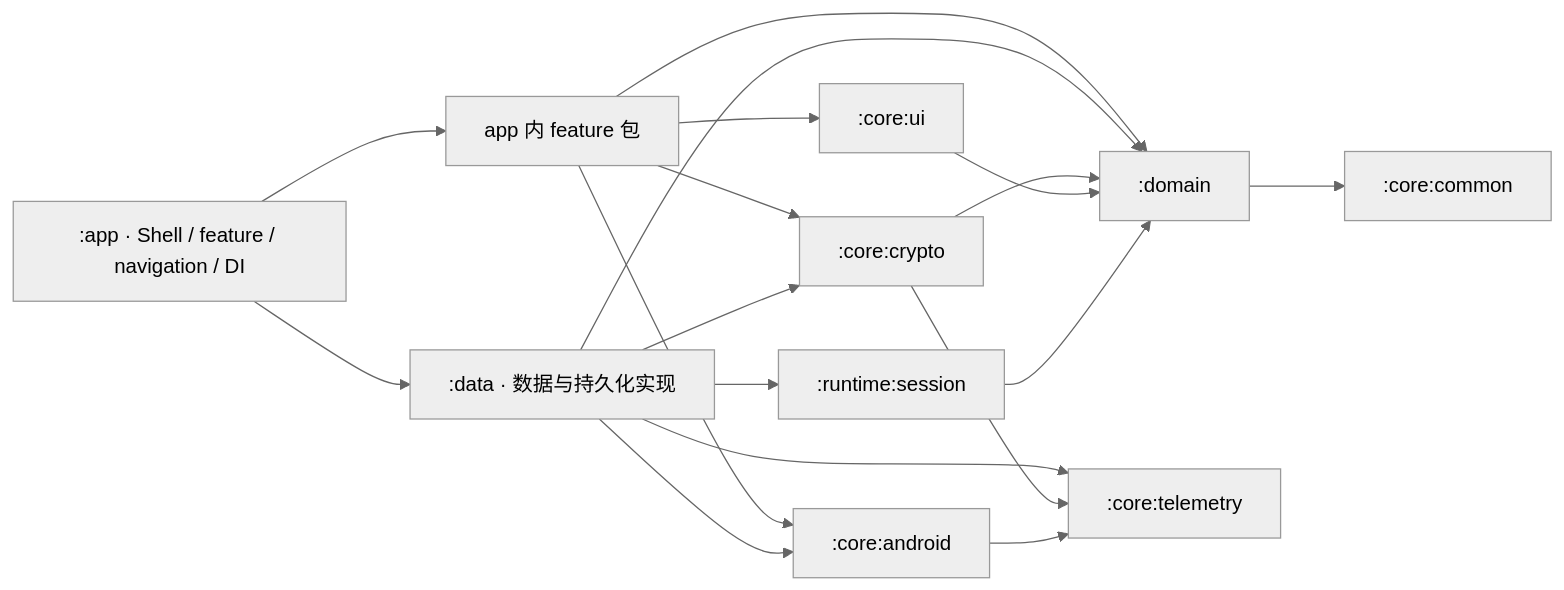
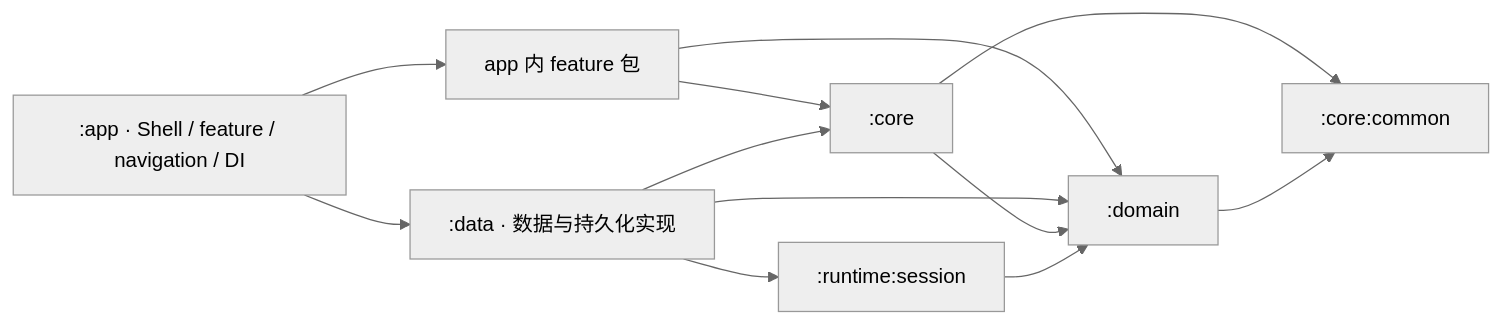
Before and after one commit to aozijx/Passly: the first of 2 diagrams in docs/architecture/overview.md, drawn with Mermaid (neutral theme). The commit also changed other lines of this file and 72 other files, not shown here.

Commit message:
refactor(core): merge Android shared modules

````diff
--- a/docs/architecture/overview.md
+++ b/docs/architecture/overview.md
@@ -23,20 +21,14 @@
 ```mermaid
 flowchart LR
     APP[":app · Shell / feature / navigation / DI"] --> FEATURE["app 内 feature 包"]
     APP --> DATA[":data · 数据与持久化实现"]
-    FEATURE --> UI[":core:ui"]
-    FEATURE --> ANDROID[":core:android"]
-    FEATURE --> SECURITY[":core:crypto"]
+    FEATURE --> CORE[":core"]
     FEATURE --> D[":domain"]
     DATA --> SESSION[":runtime:session"]
-    DATA --> ANDROID
-    DATA --> SECURITY
-    DATA --> TELEMETRY[":core:telemetry"]
+    DATA --> CORE
     DATA --> D
-    SECURITY --> TELEMETRY
-    SECURITY --> D
-    UI --> D
-    ANDROID --> TELEMETRY
+    CORE --> D
+    CORE --> COMMON
     SESSION --> D
     D --> COMMON[":core:common"]
 ```
````
